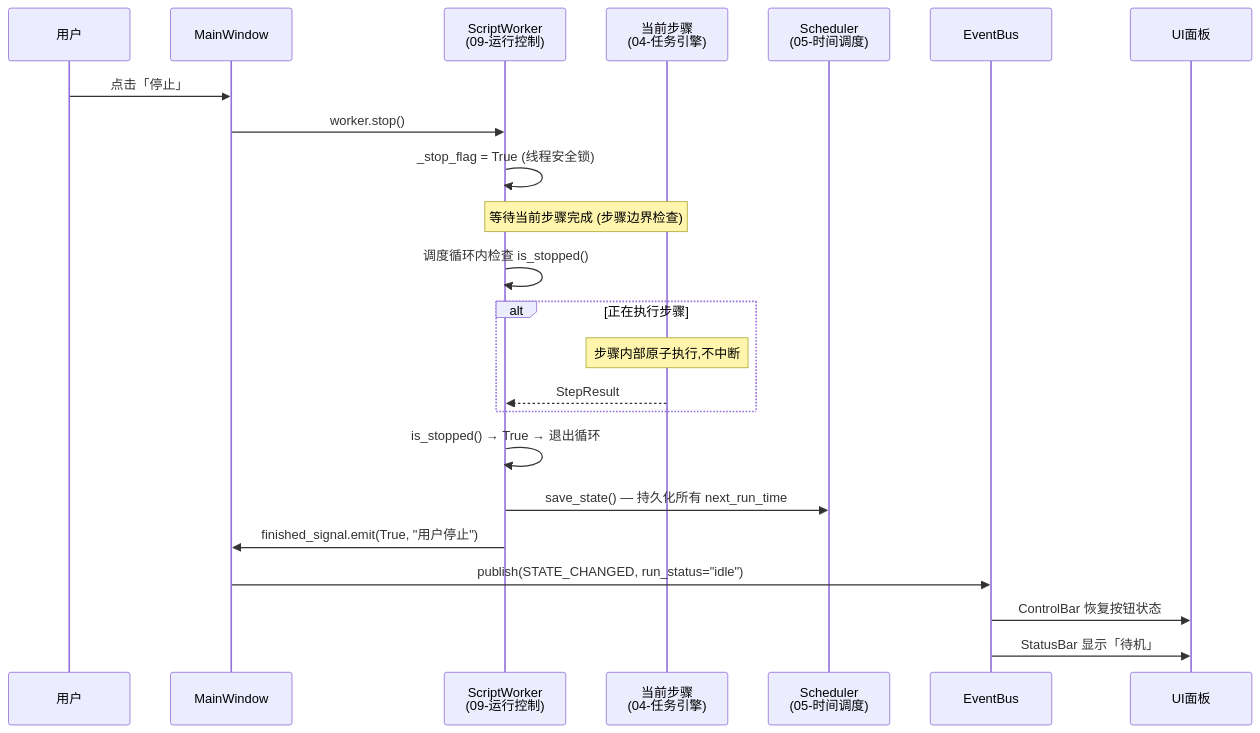
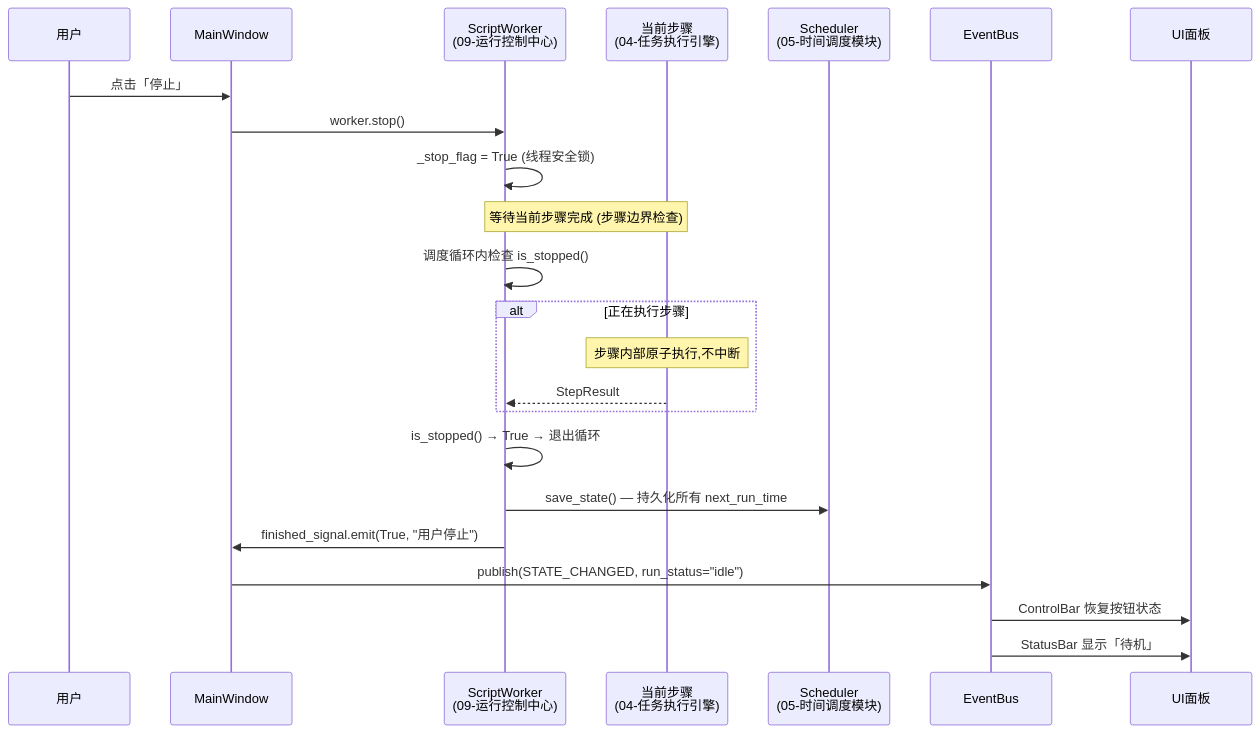
Before and after one commit to quchenfeng1/yys: the sixth of 8 diagrams in 脚本实现/模块间交互时序图.md, drawn with Mermaid. The commit also changed other lines of this file and 41 other files, not shown here.

````diff
--- a/脚本实现/模块间交互时序图.md
+++ b/脚本实现/模块间交互时序图.md
@@ -311,30 +311,30 @@
 ```mermaid
 sequenceDiagram
     participant USER as 用户
     participant MW as MainWindow
-    participant SW as ScriptWorker<br/>(09-运行控制)
-    participant STEP as 当前步骤<br/>(04-任务引擎)
-    participant SCH as Scheduler<br/>(05-时间调度)
+    participant SW as ScriptWorker<br/>(09-运行控制中心)
+    participant STEP as 当前步骤<br/>(04-任务执行引擎)
+    participant SCH as Scheduler<br/>(05-时间调度模块)
     participant EB as EventBus
     participant UI as UI面板
 
     USER->>MW: 点击「停止」
     MW->>SW: worker.stop()
     SW->>SW: _stop_flag = True (线程安全锁)
     
     Note over SW,STEP: 等待当前步骤完成 (步骤边界检查)
     
     SW->>SW: 调度循环内检查 is_stopped()
     alt 正在执行步骤
         Note over STEP: 步骤内部原子执行,不中断
         STEP-->>SW: StepResult
     end
     
     SW->>SW: is_stopped() → True → 退出循环
     SW->>SCH: save_state() — 持久化所有 next_run_time
     SW->>MW: finished_signal.emit(True, "用户停止")
     
     MW->>EB: publish(STATE_CHANGED, run_status="idle")
     EB->>UI: ControlBar 恢复按钮状态
     EB->>UI: StatusBar 显示「待机」
 ```
````
